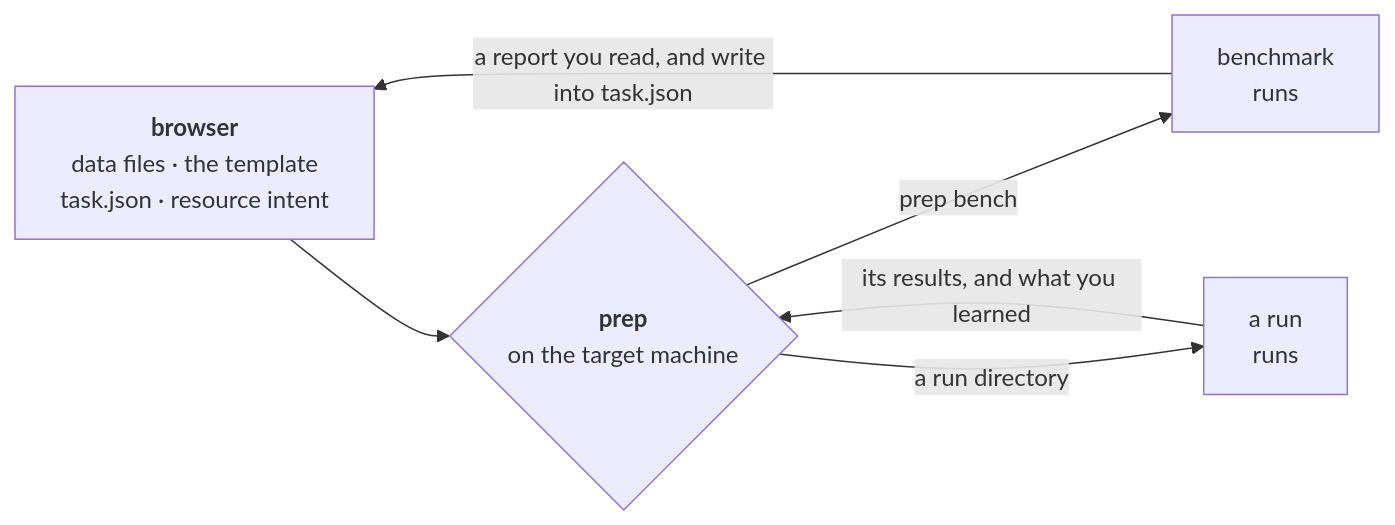
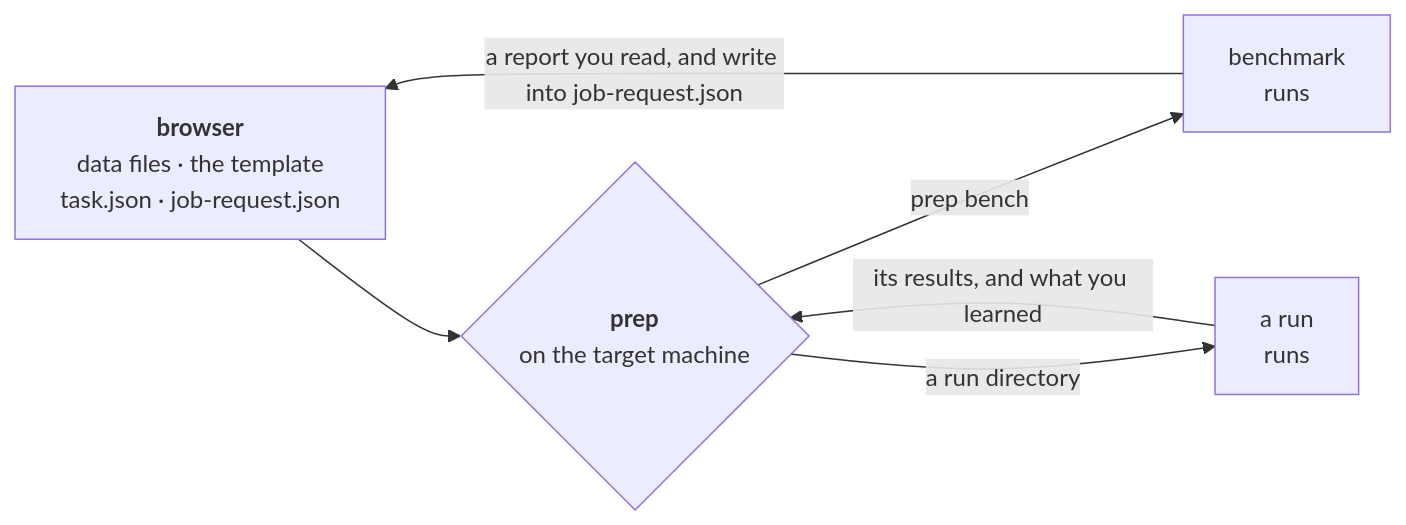
One commit to Qing-LAB/molbuilder changed the sixth of 10 diagrams in docs/execution/project-layout.md. Above: the diagram before and after it, drawn with Mermaid. The commit also changed other lines of this file and 196 other files, not shown here.

````diff
--- a/docs/execution/project-layout.md
+++ b/docs/execution/project-layout.md
@@ -1328,13 +1340,13 @@
 ```mermaid
 flowchart LR
-    UI["<b>browser</b><br/>data files · the template<br/>task.json · resource intent"]
+    UI["<b>browser</b><br/>data files · the template<br/>task.json · job-request.json"]
     P{"<b>prep</b><br/>on the target machine"}
     B["benchmark<br/>runs"]
     R["a run<br/>runs"]
 
     UI --> P
     P -->|"prep bench"| B
-    B -->|"a report you read, and write into task.json"| UI
+    B -->|"a report you read, and write into job-request.json"| UI
     P -->|"a run directory"| R
     R -->|"its results, and what you learned"| P
 ```
````
